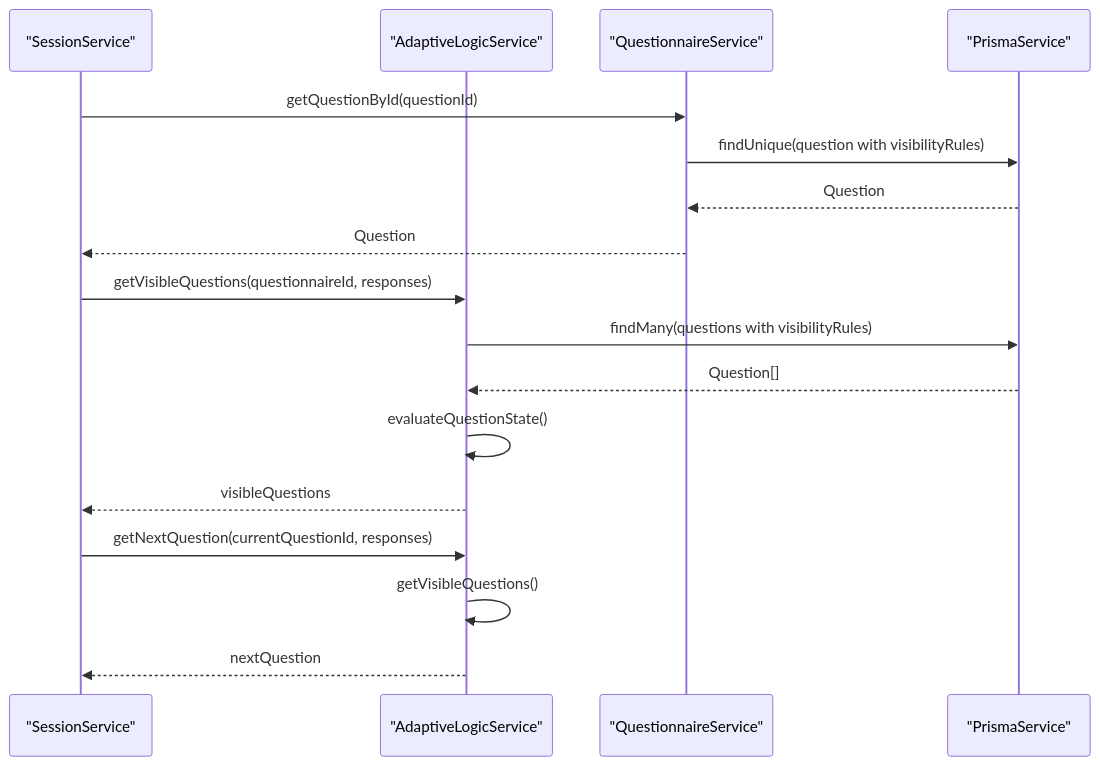
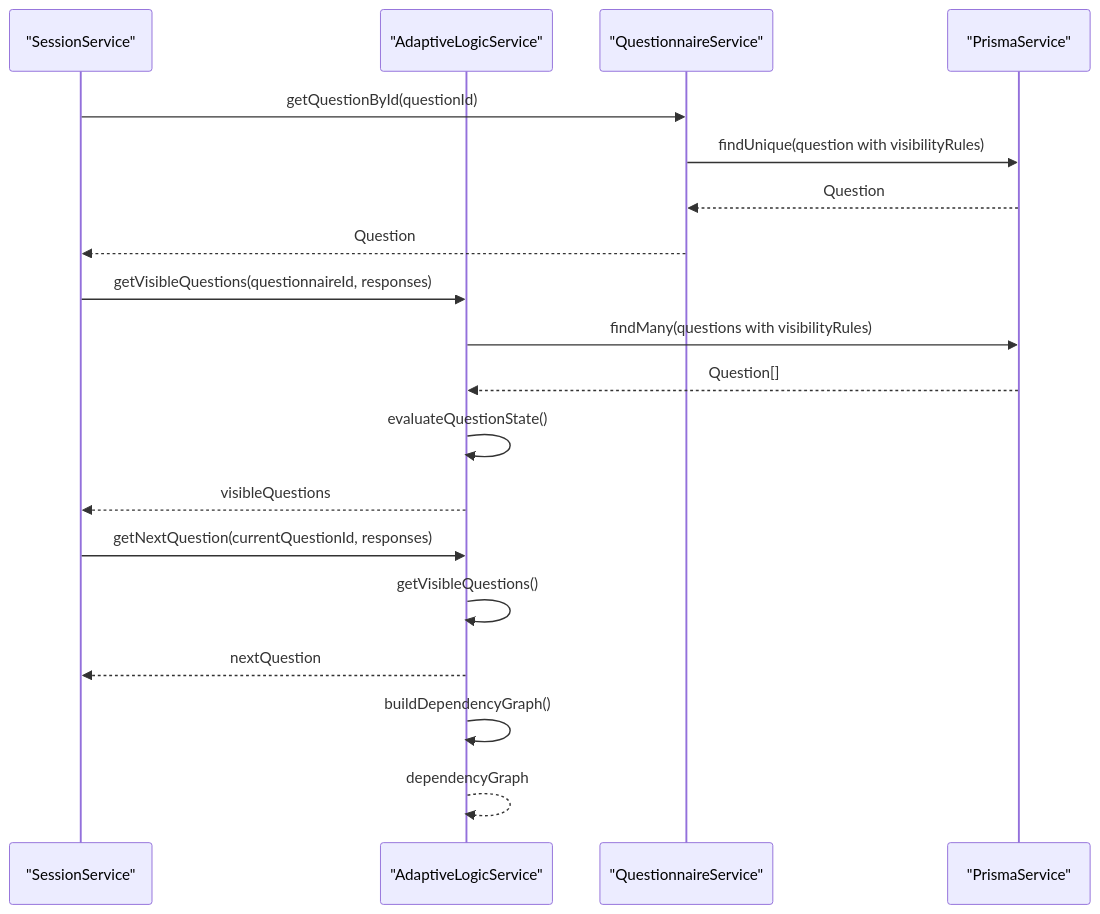
One commit to Avi-Bendetsky/Quiz-to-build changed the fourth of 8 diagrams in .qoder/repowiki/en/content/Core Modules/Questionnaire Module.md. Above: the diagram before and after it, drawn with Mermaid. The commit also changed other lines of this file and 41 other files, not shown here.

````diff
--- a/.qoder/repowiki/en/content/Core Modules/Questionnaire Module.md
+++ b/.qoder/repowiki/en/content/Core Modules/Questionnaire Module.md
@@ -193,19 +242,21 @@
 ```mermaid
 sequenceDiagram
 participant Session as "SessionService"
 participant ALS as "AdaptiveLogicService"
 participant QS as "QuestionnaireService"
 participant DB as "PrismaService"
 Session->>QS : getQuestionById(questionId)
 QS->>DB : findUnique(question with visibilityRules)
 DB-->>QS : Question
 QS-->>Session : Question
 Session->>ALS : getVisibleQuestions(questionnaireId, responses)
 ALS->>DB : findMany(questions with visibilityRules)
 DB-->>ALS : Question[]
 ALS->>ALS : evaluateQuestionState()
 ALS-->>Session : visibleQuestions
 Session->>ALS : getNextQuestion(currentQuestionId, responses)
 ALS->>ALS : getVisibleQuestions()
 ALS-->>Session : nextQuestion
+ALS->>ALS : buildDependencyGraph()
+ALS-->>ALS : dependencyGraph
 ```
````
